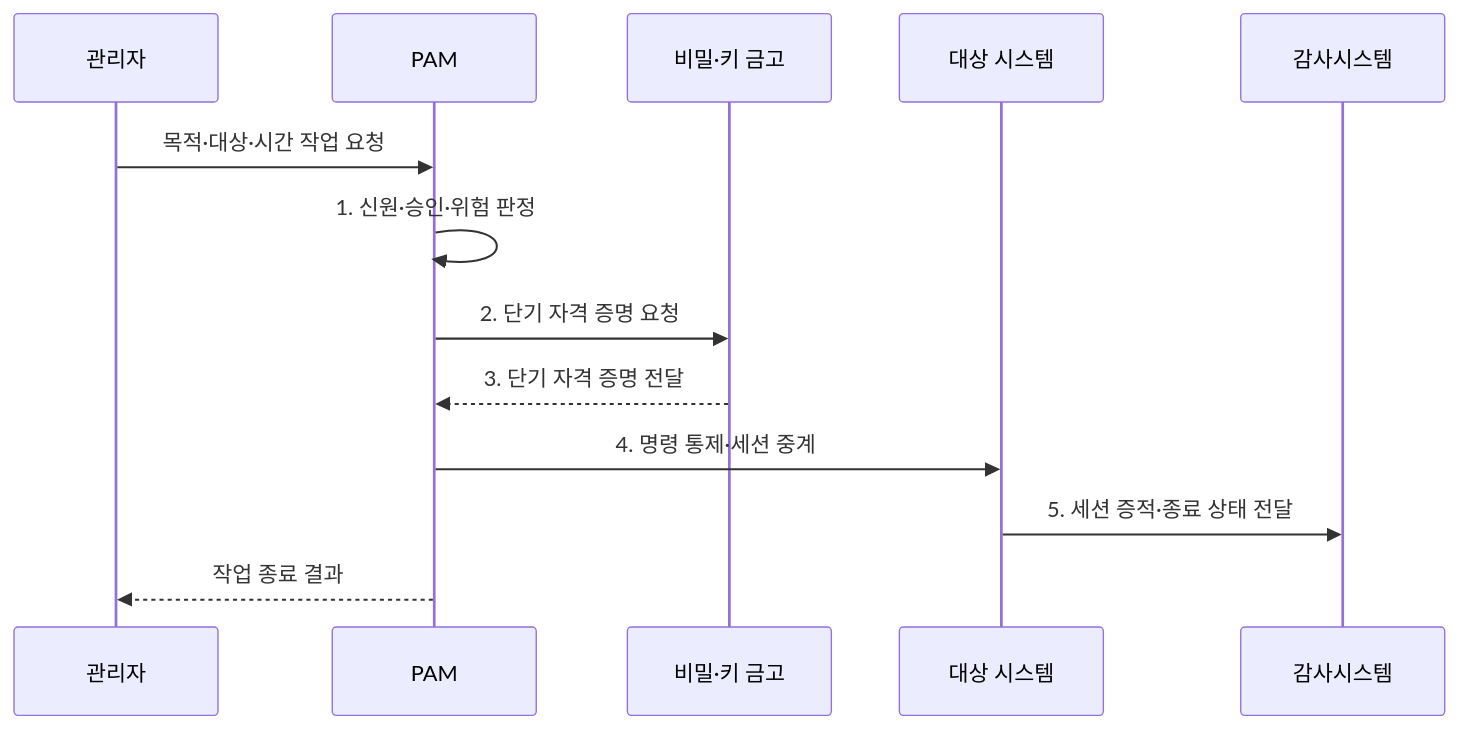
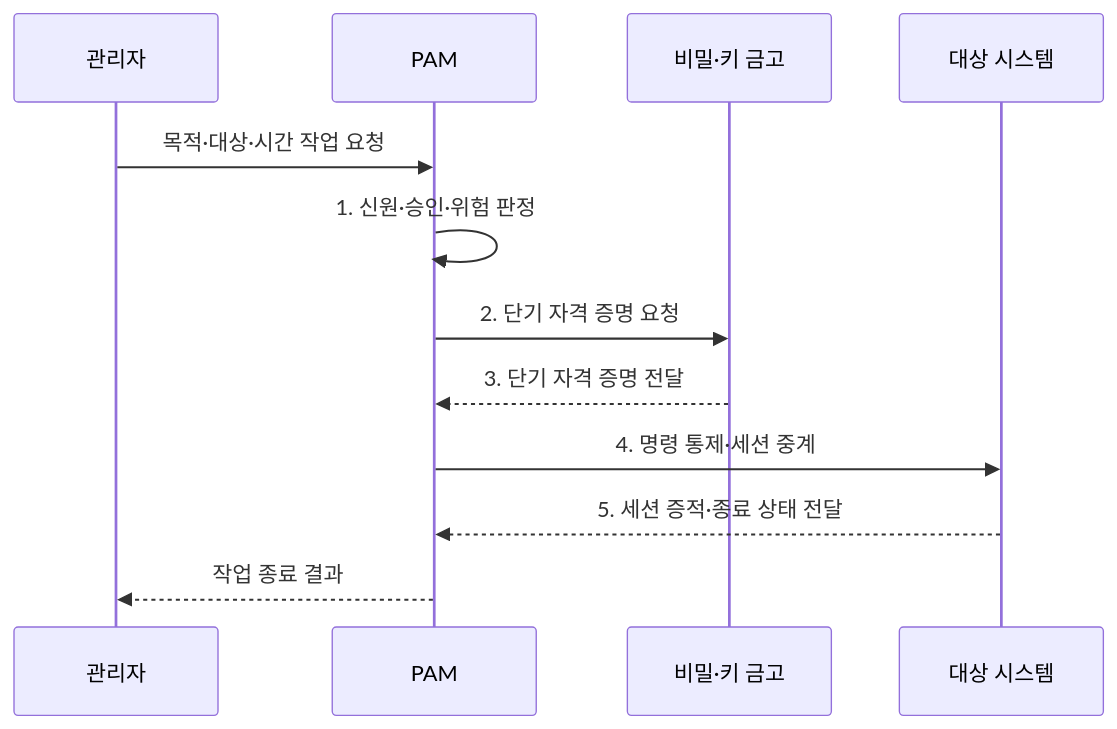
The second of 2 diagrams in src/content/docs/notes/05-security/062_pam.md (agnusdei1207/knowledge-base), drawn with Mermaid before and after one commit. The commit also changed 8 other files, not shown here.

Commit message:
Consolidate access control sequence roles

````diff
--- a/src/content/docs/notes/05-security/062_pam.md
+++ b/src/content/docs/notes/05-security/062_pam.md
@@ -95,15 +95,14 @@
 ```mermaid
 sequenceDiagram
     participant A as 관리자
     participant P as PAM
     participant V as 비밀·키 금고
     participant S as 대상 시스템
-    participant 감사시스템
     A->>P: 목적·대상·시간 작업 요청
     P->>P: 1. 신원·승인·위험 판정
     P->>V: 2. 단기 자격 증명 요청
     V-->>P: 3. 단기 자격 증명 전달
     P->>S: 4. 명령 통제·세션 중계
-    S->>감사시스템: 5. 세션 증적·종료 상태 전달
+    S-->>P: 5. 세션 증적·종료 상태 전달
     P-->>A: 작업 종료 결과
 ```
````
